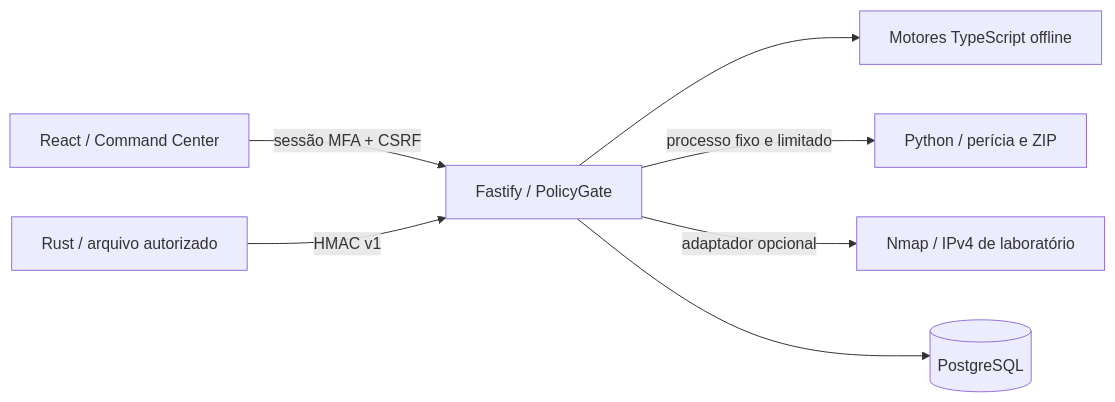
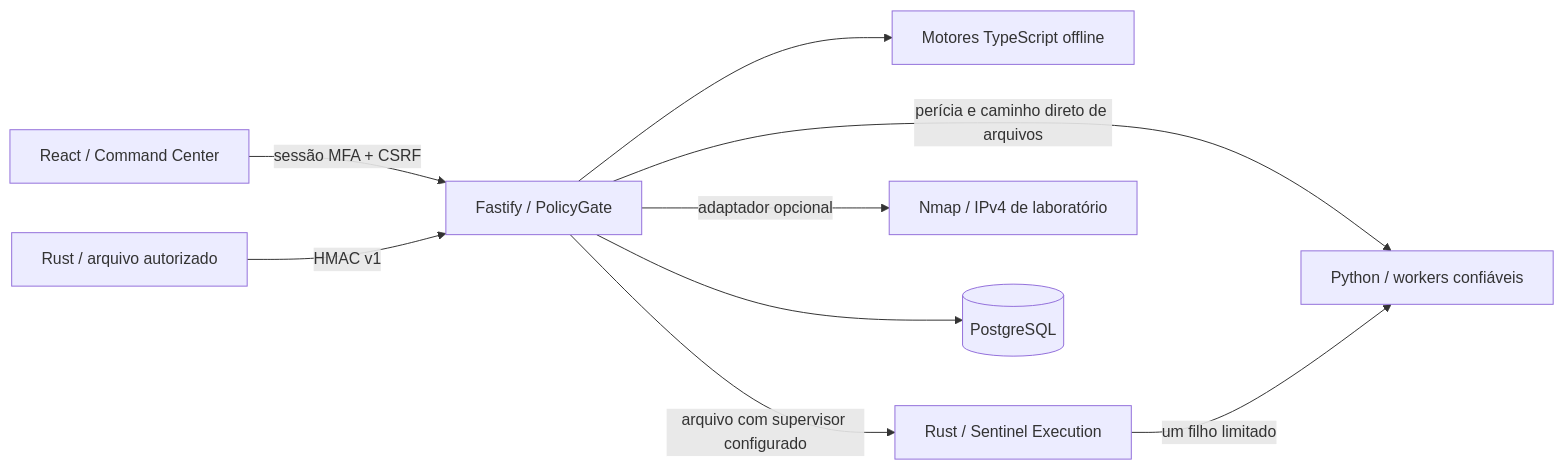
The diagram in ARCHITECTURE.md (securityMaker488/isee-sentinel), drawn with Mermaid before and after one commit. The commit also changed other lines of this file and 36 other files, not shown here.

Commit message:
feat: supervise archive inspections with bounded Rust runtime

````diff
--- a/ARCHITECTURE.md
+++ b/ARCHITECTURE.md
@@ -15,9 +15,11 @@
 ```mermaid
 flowchart LR
   UI[React / Command Center] -->|sessão MFA + CSRF| API[Fastify / PolicyGate]
   Agent[Rust / arquivo autorizado] -->|HMAC v1| API
   API --> Core[Motores TypeScript offline]
-  API -->|processo fixo e limitado| Python[Python / perícia e ZIP]
+  API -->|perícia e caminho direto de arquivos| Python[Python / workers confiáveis]
+  API -->|arquivo com supervisor configurado| Runtime[Rust / Sentinel Execution]
+  Runtime -->|um filho limitado| Python
   API -->|adaptador opcional| Nmap[Nmap / IPv4 de laboratório]
   API --> DB[(PostgreSQL)]
 ```
````
